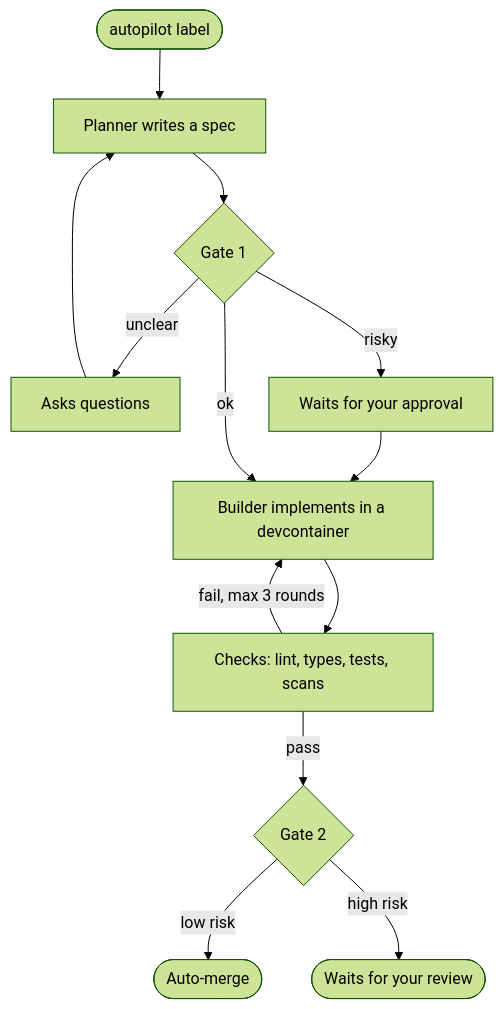
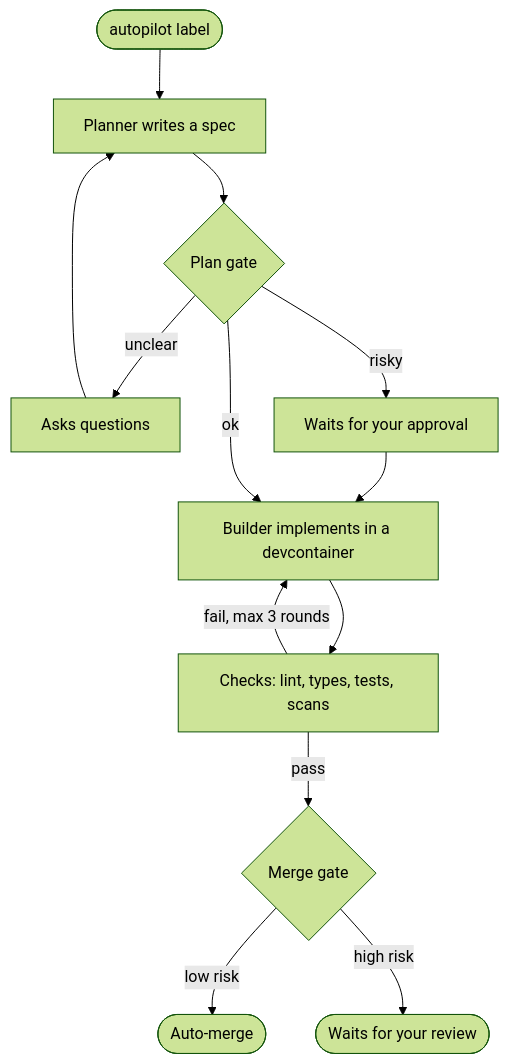
The diagram in README.md (marcaureln/autopilot), drawn with Mermaid (forest theme) before and after one commit. The commit also changed 2 other files, not shown here.

Commit message:
docs: rename gate 1 and gate 2 to plan gate and merge gate

````diff
--- a/README.md
+++ b/README.md
@@ -102,13 +102,13 @@
 ```mermaid
 flowchart TB
     A([autopilot label]) --> S[Planner writes a spec]
-    S --> G1{Gate 1}
-    G1 -- unclear --> Q[Asks questions] --> S
-    G1 -- risky --> P[Waits for your approval] --> B
-    G1 -- ok --> B[Builder implements in a devcontainer]
+    S --> PG{Plan gate}
+    PG -- unclear --> Q[Asks questions] --> S
+    PG -- risky --> P[Waits for your approval] --> B
+    PG -- ok --> B[Builder implements in a devcontainer]
     B --> C[Checks: lint, types, tests, scans]
     C -- fail, max 3 rounds --> B
-    C -- pass --> G2{Gate 2}
-    G2 -- low risk --> M([Auto-merge])
-    G2 -- high risk --> R([Waits for your review])
+    C -- pass --> MG{Merge gate}
+    MG -- low risk --> M([Auto-merge])
+    MG -- high risk --> R([Waits for your review])
 ```
````
